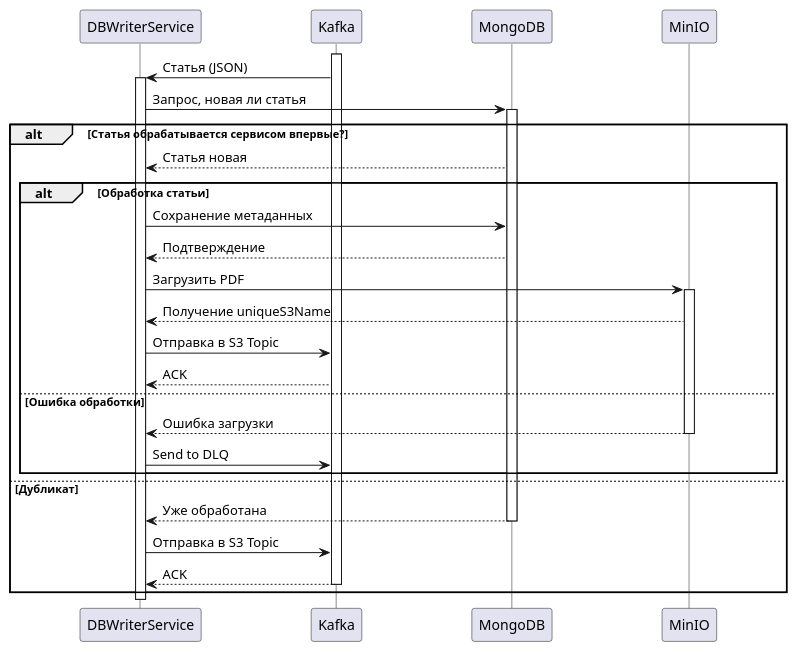
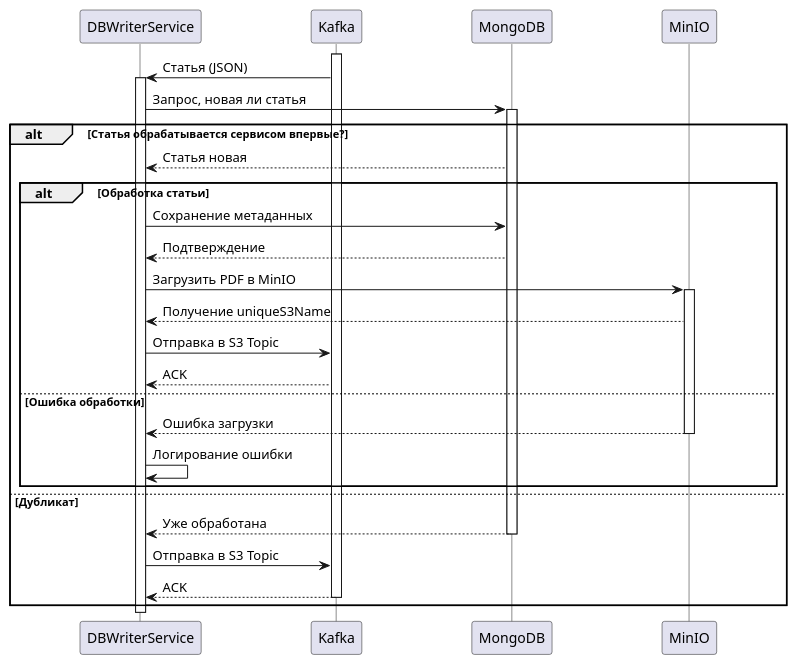
The diagram in src/main/resources/Dbwriter.puml (AlexanderGalimov/ArticleViewerDBWriterService), drawn with PlantUML before and after one commit.

Commit message:
NIR v6.2

```diff
--- a/src/main/resources/Dbwriter.puml
+++ b/src/main/resources/Dbwriter.puml
@@ -1,53 +1,53 @@
 @startuml
 skinparam SequenceMessageSpacing 25
 skinparam ParticipantPadding 50
 skinparam LifelineStrategy solid
 
 participant "DBWriterService" as DBWriter
 participant "Kafka" as Kafka
 participant "MongoDB" as MongoDB
 participant "MinIO" as MinIO
 
 activate Kafka
 Kafka -> DBWriter:  Статья (JSON)
 activate DBWriter
 
 DBWriter -> MongoDB:  Запрос, новая ли статья
 activate MongoDB
 
 alt Статья обрабатывается сервисом впервые?
 
     MongoDB --> DBWriter:  Статья новая
 
     alt Обработка статьи
 
         DBWriter -> MongoDB:  Сохранение метаданных
         MongoDB --> DBWriter:  Подтверждение
 
-        DBWriter -> MinIO:  Загрузить PDF
+        DBWriter -> MinIO:  Загрузить PDF в MinIO
         activate MinIO
         MinIO --> DBWriter:  Получение uniqueS3Name
 
         DBWriter -> Kafka:  Отправка в S3 Topic
         Kafka --> DBWriter:  ACK
 
     else Ошибка обработки
         MinIO --> DBWriter:  Ошибка загрузки
         deactivate MinIO
-        DBWriter -> Kafka:  Send to DLQ
+        DBWriter -> DBWriter:  Логирование ошибки
 
     end
 
 else Дубликат
 
     MongoDB --> DBWriter:  Уже обработана
     deactivate MongoDB
 
     DBWriter -> Kafka: Отправка в S3 Topic
     Kafka --> DBWriter: ACK
     deactivate Kafka
 
 end
 
 deactivate DBWriter
 @enduml
```
